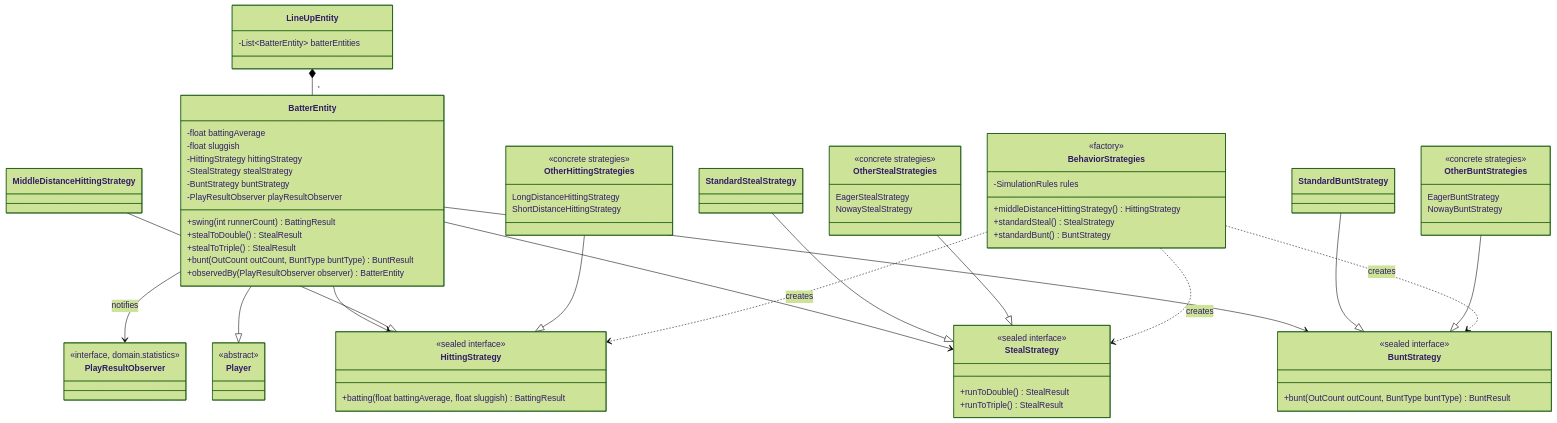
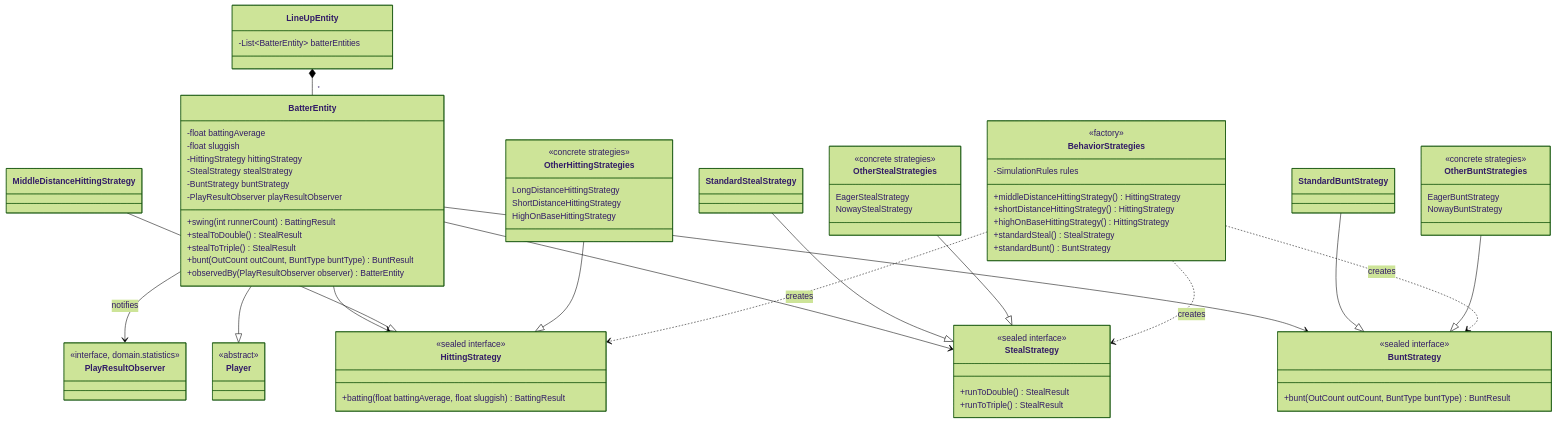
One commit to midetaro/baseball-orders changed the second of 4 diagrams in apps/simulator/README.md. Above: the diagram before and after it, drawn with Mermaid (forest theme). The commit also changed other lines of this file and 3 other files, not shown here.

Commit message:
docs: describe single hitter, middle distance, and high on-base personalities

```diff
--- a/apps/simulator/README.md
+++ b/apps/simulator/README.md
@@ -235,6 +235,7 @@
         <<concrete strategies>>
         LongDistanceHittingStrategy
         ShortDistanceHittingStrategy
+        HighOnBaseHittingStrategy
     }
 
     class StealStrategy {
@@ -264,6 +265,8 @@
         <<factory>>
         -SimulationRules rules
         +middleDistanceHittingStrategy() HittingStrategy
+        +shortDistanceHittingStrategy() HittingStrategy
+        +highOnBaseHittingStrategy() HittingStrategy
         +standardSteal() StealStrategy
         +standardBunt() BuntStrategy
     }
```
